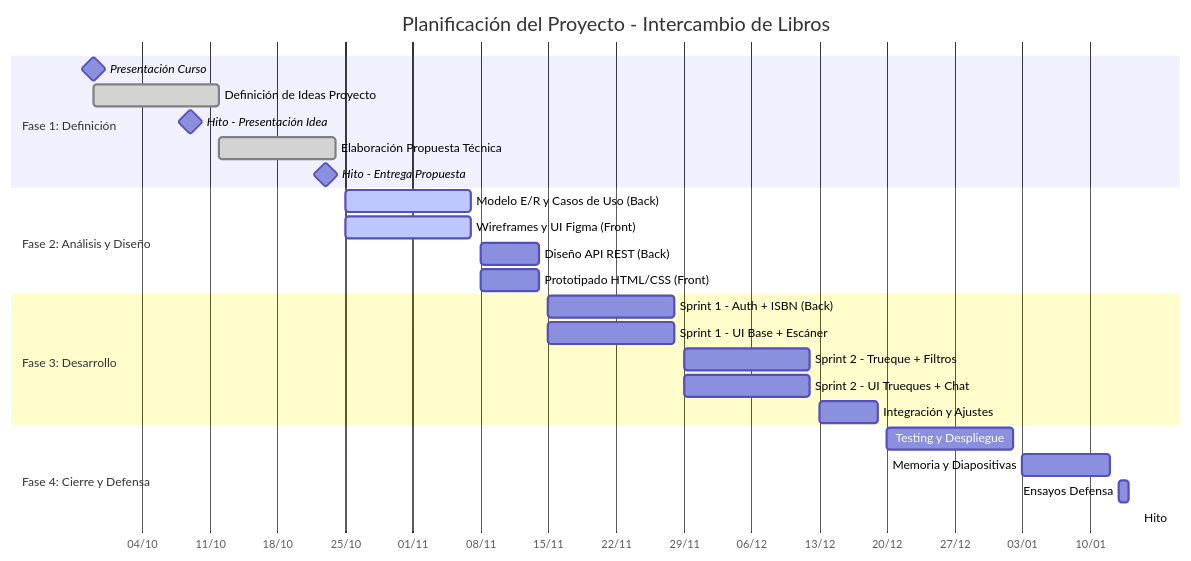
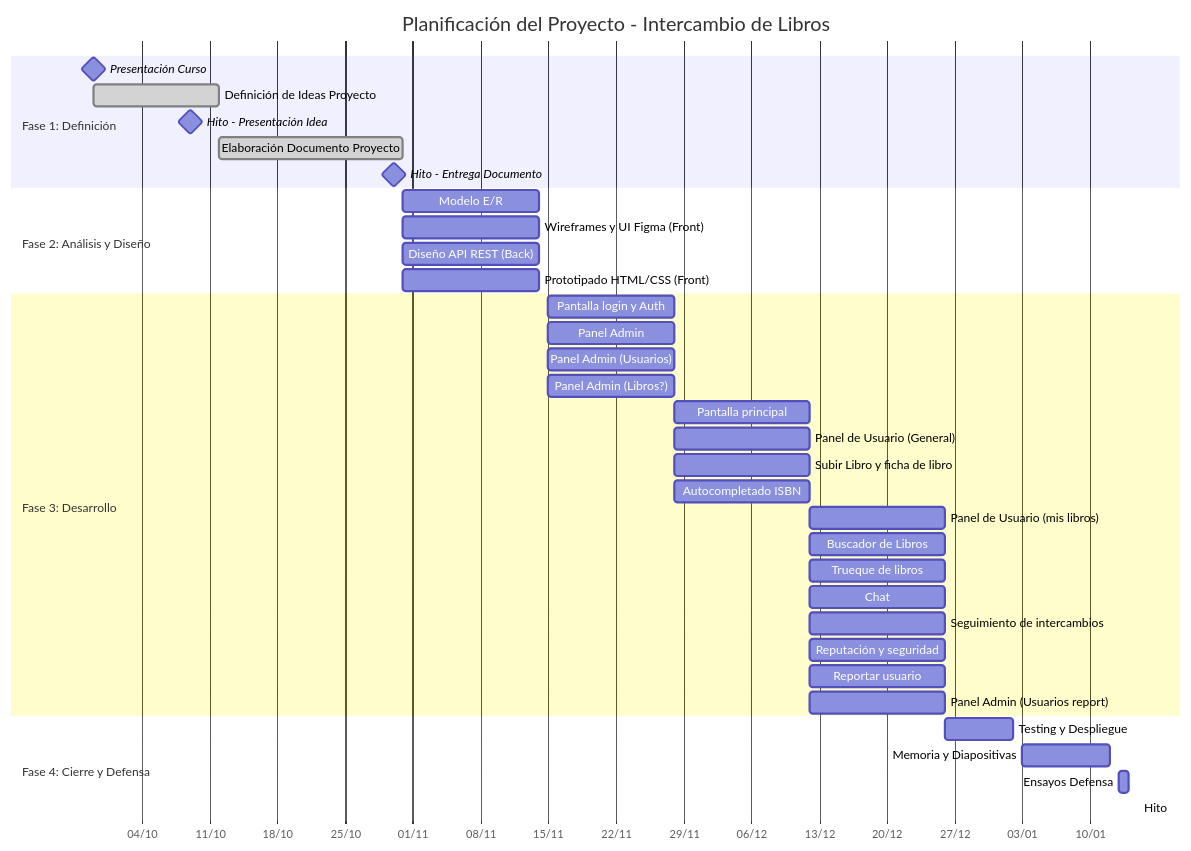
One commit to librolibre/librolibre changed the diagram in README.md. Above: the diagram before and after it, drawn with Mermaid.

Commit message:
Terminamos el gantt

````diff
--- a/README.md
+++ b/README.md
@@ -13,32 +13,43 @@
 ```mermaid
 gantt
     title Planificación del Proyecto - Intercambio de Libros
     dateFormat  YYYY-MM-DD
     axisFormat %d/%m
     
     section Fase 1: Definición
     Presentación Curso              :milestone, 2026-09-29, 0d
     Definición de Ideas Proyecto    :done, 2026-09-29, 2026-10-12
     Hito - Presentación Idea        :milestone, 2026-10-09, 0d
-    Elaboración Propuesta Técnica   :done, 2026-10-12, 2026-10-24
-    Hito - Entrega Propuesta        :milestone, 2026-10-23, 0d
+    Elaboración Documento Proyecto  :done, 2026-10-12, 2026-10-31
+    Hito - Entrega Documento        :milestone, 2026-10-30, 0d
 
     section Fase 2: Análisis y Diseño
-    Modelo E/R y Casos de Uso (Back) :active, 2026-10-25, 2026-11-07
-    Wireframes y UI Figma (Front)   :active, 2026-10-25, 2026-11-07
-    Diseño API REST (Back)          :2026-11-08, 2026-11-14
-    Prototipado HTML/CSS (Front)    :2026-11-08, 2026-11-14
+    Modelo E/R                      :2026-10-31, 2026-11-14
+    Wireframes y UI Figma (Front)   :2026-10-31, 2026-11-14
+    Diseño API REST (Back)          :2026-10-31, 2026-11-14
+    Prototipado HTML/CSS (Front)    :2026-10-31, 2026-11-14
 
     section Fase 3: Desarrollo
-    Sprint 1 - Auth + ISBN (Back)   :2026-11-15, 2026-11-28
-    Sprint 1 - UI Base + Escáner    :2026-11-15, 2026-11-28
-    Sprint 2 - Trueque + Filtros    :2026-11-29, 2026-12-12
-    Sprint 2 - UI Trueques + Chat   :2026-11-29, 2026-12-12
-    Integración y Ajustes           :2026-12-13, 2026-12-19
+    Pantalla login y Auth           :2026-11-15, 2026-11-28
+    Panel Admin                     :2026-11-15, 2026-11-28
+    Panel Admin (Usuarios)          :2026-11-15, 2026-11-28
+    Panel Admin (Libros?)           :2026-11-15, 2026-11-28
+    Pantalla principal              :2026-11-28, 2026-12-12
+    Panel de Usuario (General)      :2026-11-28, 2026-12-12
+    Subir Libro y ficha de libro    :2026-11-28, 2026-12-12
+    Autocompletado ISBN             :2026-11-28, 2026-12-12
+    Panel de Usuario (mis libros)   :2026-12-12, 2026-12-26
+    Buscador de Libros              :2026-12-12, 2026-12-26
+    Trueque de libros               :2026-12-12, 2026-12-26
+    Chat                            :2026-12-12, 2026-12-26
+    Seguimiento de intercambios     :2026-12-12, 2026-12-26
+    Reputación y seguridad          :2026-12-12, 2026-12-26
+    Reportar usuario                :2026-12-12, 2026-12-26
+    Panel Admin (Usuarios report)   :2026-12-12, 2026-12-26
 
     section Fase 4: Cierre y Defensa
-    Testing y Despliegue           :2026-12-20, 2027-01-02
+    Testing y Despliegue           :2026-12-26, 2027-01-02
     Memoria y Diapositivas         :2027-01-03, 2027-01-12
     Ensayos Defensa                :2027-01-13, 2027-01-14
     Hito: Defensa Oral             :milestone, 2027-01-15, 0d
 ```
````
